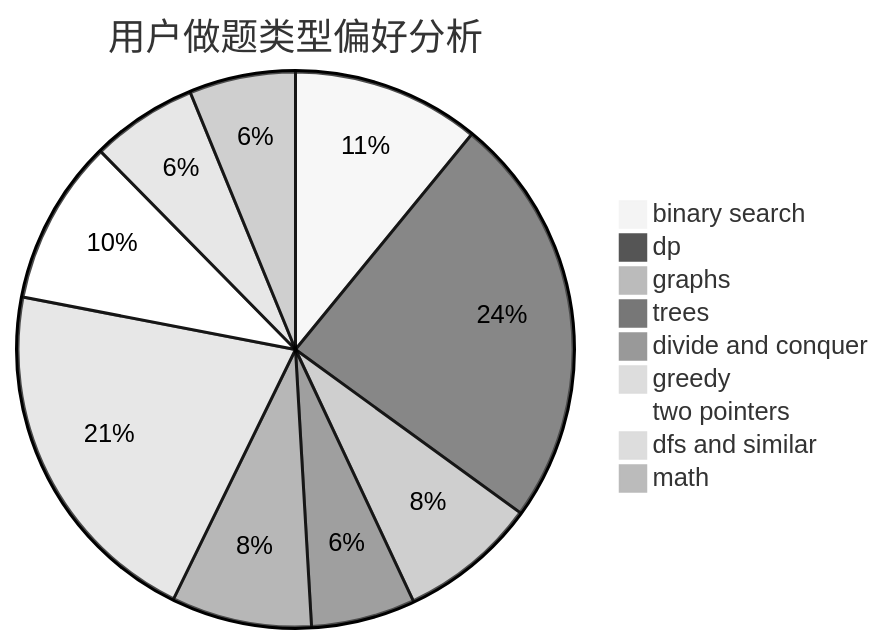
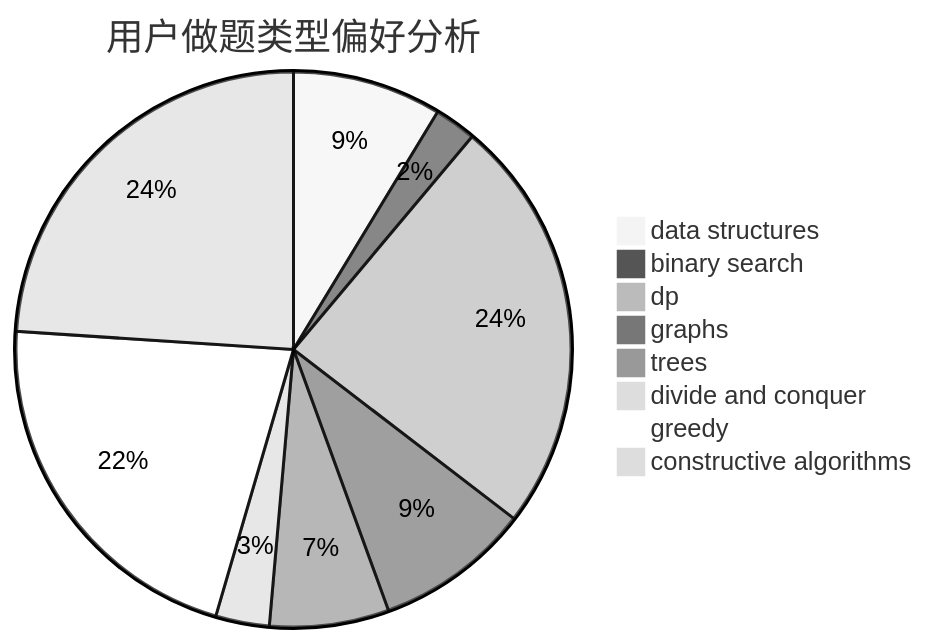
The second of 3 diagrams in docs/user/u1393.md (sherpahu/cfrs.github.io), drawn with Mermaid (neutral theme) before and after one commit. The commit also changed other lines of this file and 2775 other files, not shown here.

````diff
--- a/docs/user/u1393.md
+++ b/docs/user/u1393.md
@@ -23,12 +23,11 @@
 ```mermaid
 pie title 用户做题类型偏好分析
-    "binary search" :  83
-    "dp" :  183
-    "graphs" :  61
-    "trees" :  46
-    "divide and conquer" :  62
-    "greedy" :  158
-    "two pointers" :  73
-    "dfs and similar" :  47
-    "math" :  47
+    "data structures" :  25
+    "binary search" :  7
+    "dp" :  70
+    "graphs" :  26
+    "trees" :  20
+    "divide and conquer" :  9
+    "greedy" :  62
+    "constructive algorithms" :  69
 ```
````
